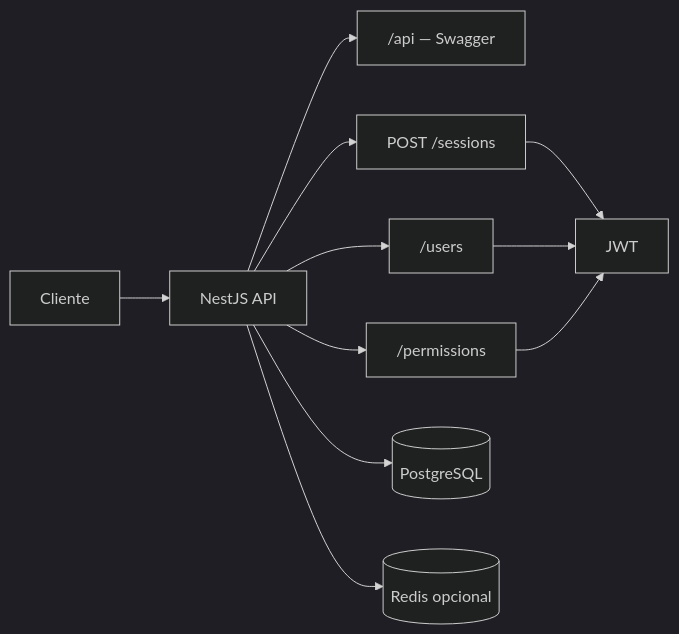
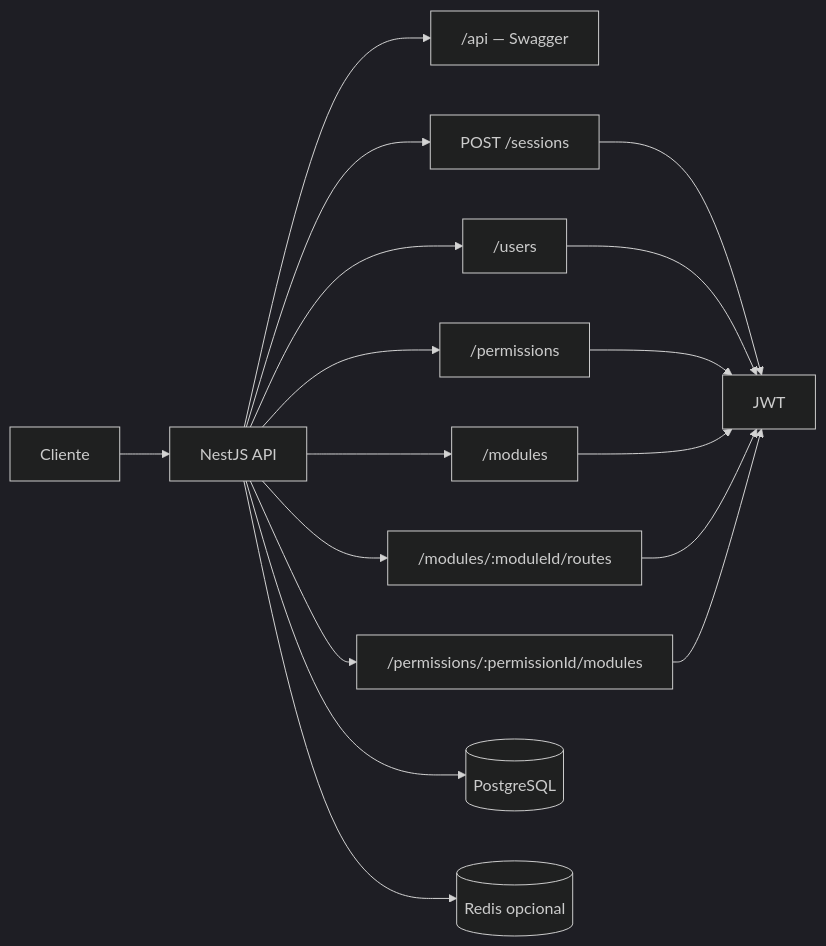
The first of 4 diagrams in docs/diagrams/architecture.md (GustavoSF643/todo-list.api), drawn with Mermaid (dark theme) before and after one commit. The commit also changed other lines of this file and 3 other files, not shown here.

First line of the commit message:
docs: update README and diagrams to include module and permission-module details

````diff
--- a/docs/diagrams/architecture.md
+++ b/docs/diagrams/architecture.md
@@ -7,13 +7,19 @@
 ```mermaid
 flowchart LR
   Client[Cliente] --> API[NestJS API]
   API --> Swagger["/api — Swagger"]
   API --> Sessions["POST /sessions"]
   API --> Users["/users"]
   API --> Permissions["/permissions"]
+  API --> Modules["/modules"]
+  API --> ModuleRoutes["/modules/:moduleId/routes"]
+  API --> PermissionModules["/permissions/:permissionId/modules"]
   Sessions --> JWT[JWT]
   Users --> JWT
   Permissions --> JWT
+  Modules --> JWT
+  ModuleRoutes --> JWT
+  PermissionModules --> JWT
   API --> Postgres[(PostgreSQL)]
   API --> Redis[(Redis opcional)]
 ```
````
